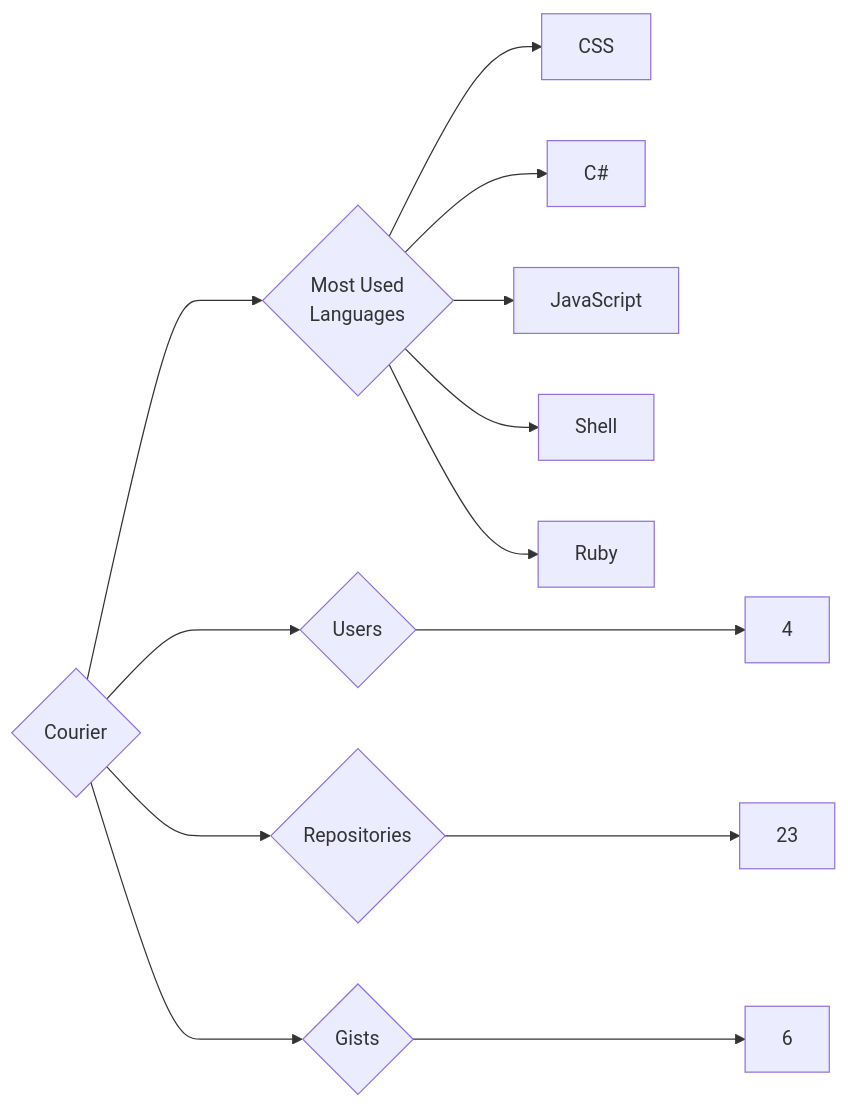
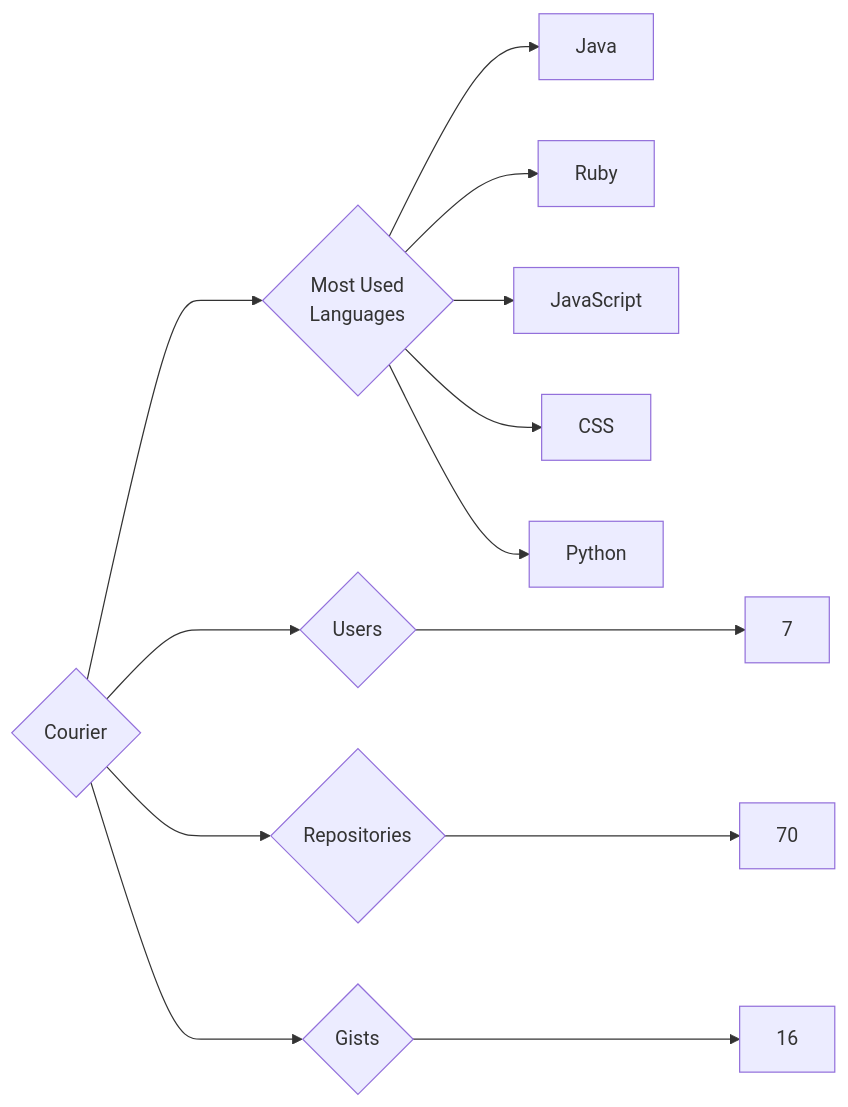
Before and after one commit to trickest/insiders: the diagram in targets/Courier/README.md, drawn with Mermaid. The commit also changed 894 other files, not shown here.

````diff
--- a/targets/Courier/README.md
+++ b/targets/Courier/README.md
@@ -3,13 +3,13 @@
 ```mermaid
 graph LR
 COMPANY_NAME{Courier}
-COMPANY_NAME ---> U{Users} ---> UN[4]
-COMPANY_NAME ---> R{Repositories} ---> RN[23]
-COMPANY_NAME ---> G{Gists} ---> GN[6]
+COMPANY_NAME ---> U{Users} ---> UN[7]
+COMPANY_NAME ---> R{Repositories} ---> RN[70]
+COMPANY_NAME ---> G{Gists} ---> GN[16]
 COMPANY_NAME ---> ML{Most Used<br>Languages}
+ML --> Java[Java]
+ML --> Ruby[Ruby]
+ML --> JavaScript[JavaScript]
 ML --> CSS[CSS]
-ML --> C#[C#]
-ML --> JavaScript[JavaScript]
-ML --> Shell[Shell]
-ML --> Ruby[Ruby]
+ML --> Python[Python]
 ```
````
